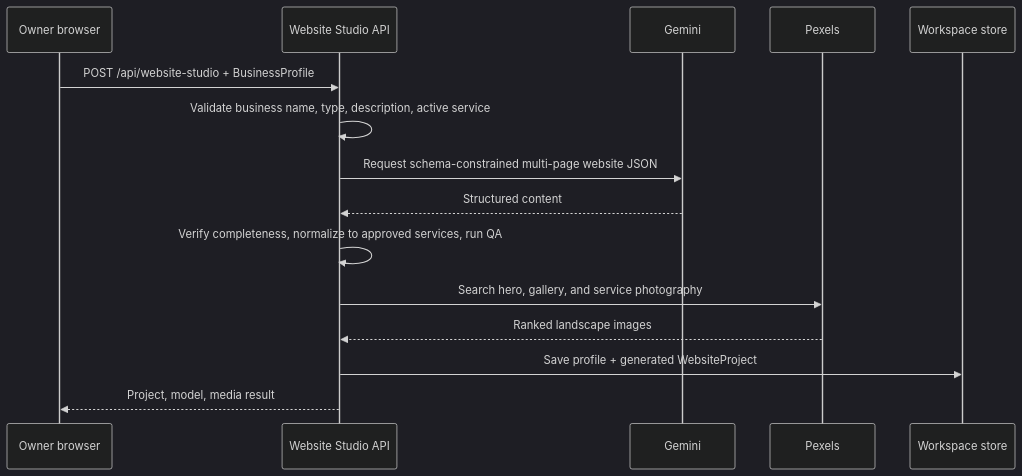
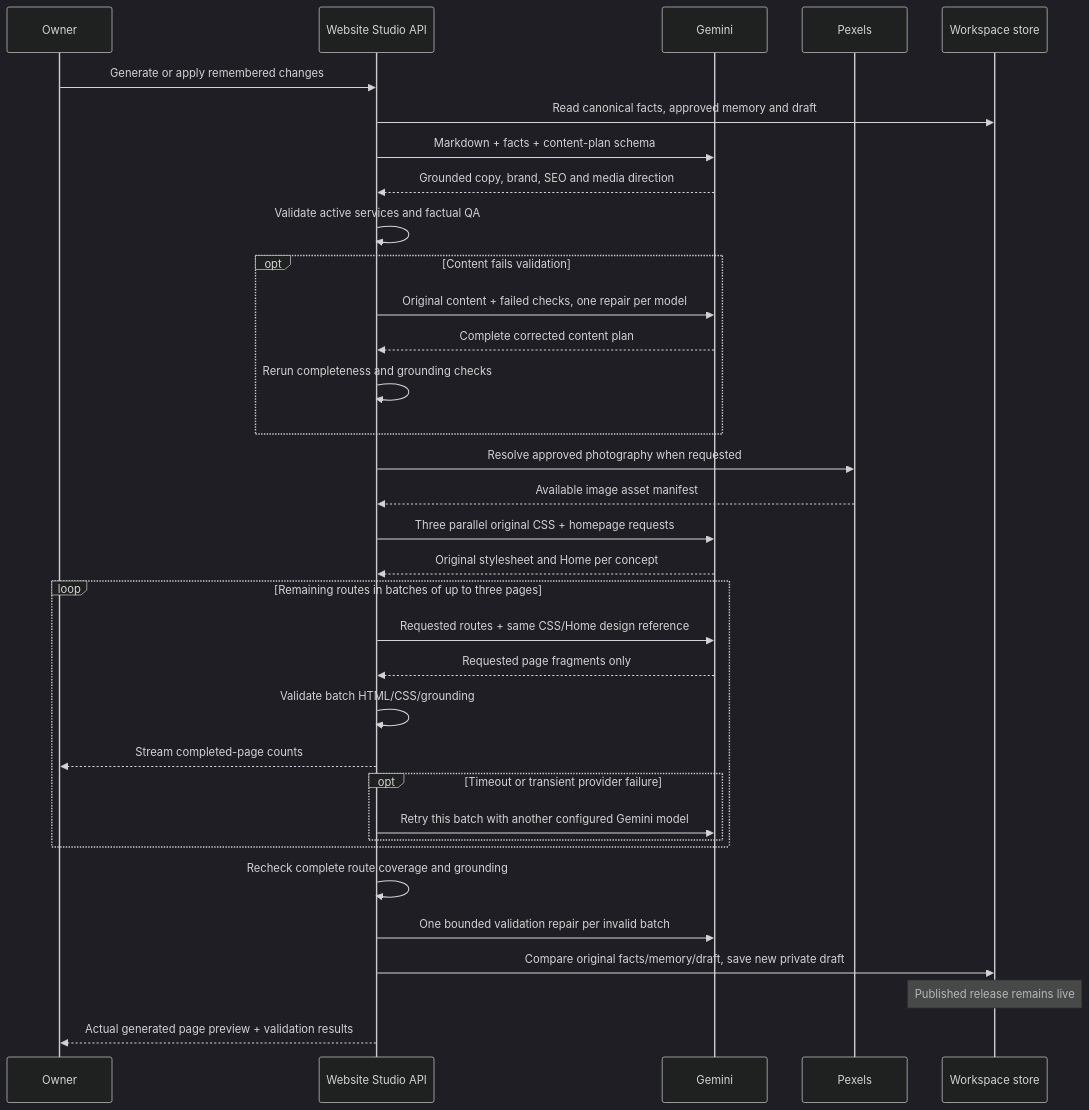
The fourth of 10 diagrams in PROJECT_DATA_FLOW.md (tinitiateprime/everonnai), drawn with Mermaid (dark theme) before and after one commit. The commit also changed other lines of this file and 113 other files, not shown here.

````diff
--- a/PROJECT_DATA_FLOW.md
+++ b/PROJECT_DATA_FLOW.md
@@ -149,18 +149,36 @@
 ```mermaid
 sequenceDiagram
-  participant O as Owner browser
+  participant O as Owner
   participant W as Website Studio API
   participant G as Gemini
   participant P as Pexels
   participant S as Workspace store
-
-  O->>W: POST /api/website-studio + BusinessProfile
-  W->>W: Validate business name, type, description, active service
-  W->>G: Request schema-constrained multi-page website JSON
-  G-->>W: Structured content
-  W->>W: Verify completeness, normalize to approved services, run QA
-  W->>P: Search hero, gallery, and service photography
-  P-->>W: Ranked landscape images
-  W->>S: Save profile + generated WebsiteProject
-  W-->>O: Project, model, media result
+  O->>W: Generate or apply remembered changes
+  W->>S: Read canonical facts, approved memory and draft
+  W->>G: Markdown + facts + content-plan schema
+  G-->>W: Grounded copy, brand, SEO and media direction
+  W->>W: Validate active services and factual QA
+  opt Content fails validation
+    W->>G: Original content + failed checks, one repair per model
+    G-->>W: Complete corrected content plan
+    W->>W: Rerun completeness and grounding checks
+  end
+  W->>P: Resolve approved photography when requested
+  P-->>W: Available image asset manifest
+  W->>G: Three parallel original CSS + homepage requests
+  G-->>W: Original stylesheet and Home per concept
+  loop Remaining routes in batches of up to three pages
+    W->>G: Requested routes + same CSS/Home design reference
+    G-->>W: Requested page fragments only
+    W->>W: Validate batch HTML/CSS/grounding
+    W-->>O: Stream completed-page counts
+    opt Timeout or transient provider failure
+      W->>G: Retry this batch with another configured Gemini model
+    end
+  end
+  W->>W: Recheck complete route coverage and grounding
+  W->>G: One bounded validation repair per invalid batch
+  W->>S: Compare original facts/memory/draft, save new private draft
+  Note over S: Published release remains live
+  W-->>O: Actual generated page preview + validation results
 ```
````
